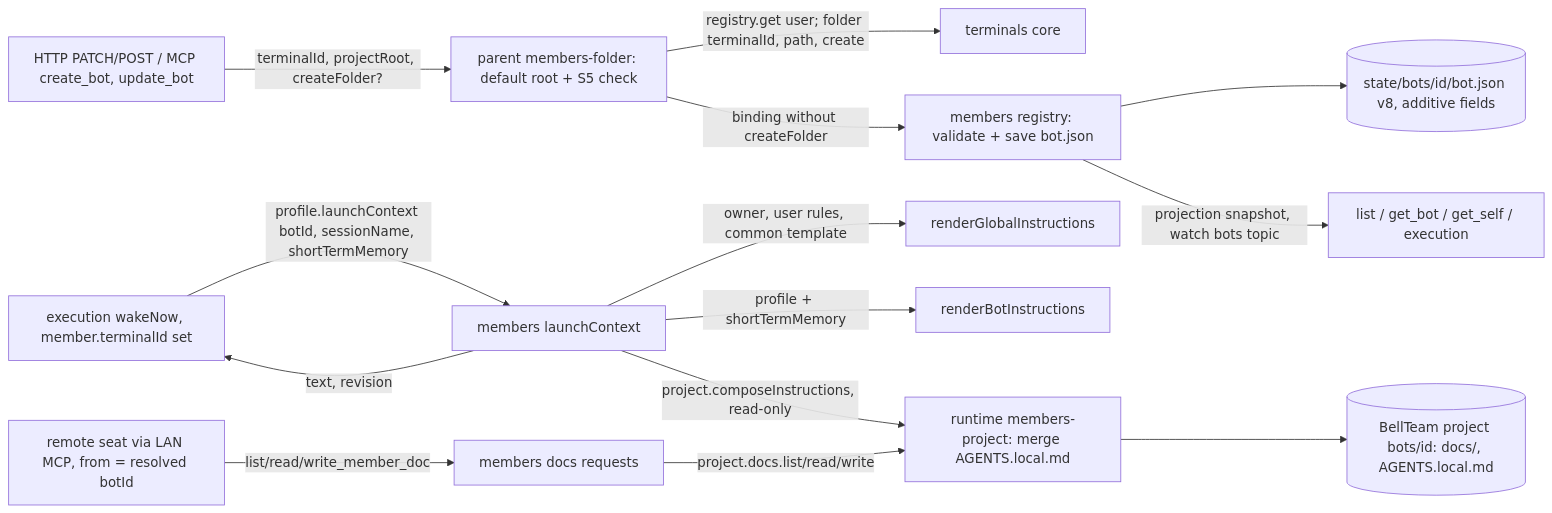
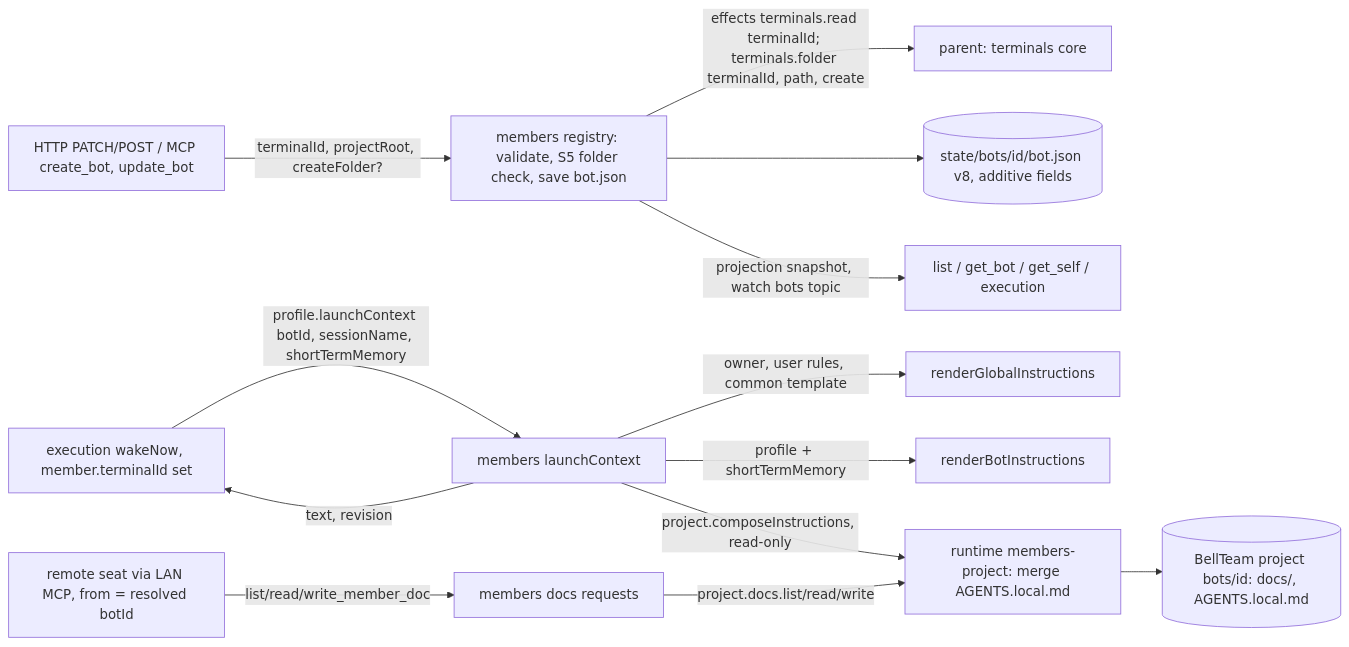
Before and after one commit to kitepon/BellTeam: the diagram in docs/architecture/modules/members/remote-seat.md, drawn with Mermaid. The commit also changed other lines of this file and 9 other files, not shown here.

First line of the commit message:
fix(members): run the S5 folder check inside the child save, after input validation

````diff
--- a/docs/architecture/modules/members/remote-seat.md
+++ b/docs/architecture/modules/members/remote-seat.md
@@ -9,16 +9,15 @@
 ```mermaid
 flowchart LR
-  Admin[HTTP PATCH/POST / MCP create_bot, update_bot] -->|terminalId, projectRoot, createFolder?| Folder[parent members-folder: default root + S5 check]
-  Folder -->|registry.get user; folder terminalId, path, create| Terminals[terminals core]
-  Folder -->|binding without createFolder| Registry[members registry: validate + save bot.json]
+  Admin[HTTP PATCH/POST / MCP create_bot, update_bot] -->|terminalId, projectRoot, createFolder?| Registry[members registry: validate, S5 folder check, save bot.json]
+  Registry -->|effects terminals.read terminalId; terminals.folder terminalId, path, create| Terminals[parent: terminals core]
   Registry --> State[(state/bots/id/bot.json v8, additive fields)]
   Registry -->|projection snapshot, watch bots topic| Views[list / get_bot / get_self / execution]
   Exec[execution wakeNow, member.terminalId set] -->|profile.launchContext botId, sessionName, shortTermMemory| Launch[members launchContext]
   Launch -->|owner, user rules, common template| Global[renderGlobalInstructions]
   Launch -->|profile + shortTermMemory| Body[renderBotInstructions]
   Launch -->|project.composeInstructions, read-only| Runtime[runtime members-project: merge AGENTS.local.md]
   Launch -->|text, revision| Exec
   Seat[remote seat via LAN MCP, from = resolved botId] -->|list/read/write_member_doc| Docs[members docs requests]
   Docs -->|project.docs.list/read/write| Runtime
   Runtime --> Project[(BellTeam project bots/id: docs/, AGENTS.local.md)]
 ```
````
